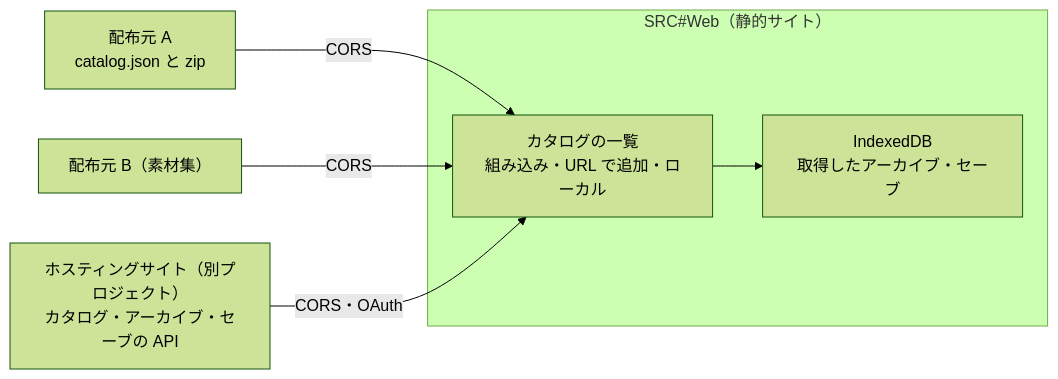
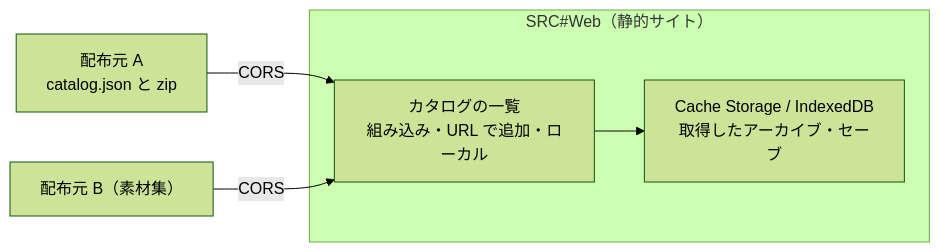
Before and after one commit to 7474/SRC: the second of 2 diagrams in docs/gui/web.md, drawn with Mermaid (forest theme). The commit also changed other lines of this file and 43 other files, not shown here.

````diff
--- a/docs/gui/web.md
+++ b/docs/gui/web.md
@@ -246,11 +242,10 @@
 ```mermaid
 flowchart LR
   subgraph Player[SRC#Web（静的サイト）]
     Catalogs[カタログの一覧<br/>組み込み・URL で追加・ローカル]
-    Store[IndexedDB<br/>取得したアーカイブ・セーブ]
+    Store[Cache Storage / IndexedDB<br/>取得したアーカイブ・セーブ]
   end
   Host1[配布元 A<br/>catalog.json と zip] -->|CORS| Catalogs
   Host2[配布元 B（素材集）] -->|CORS| Catalogs
-  Hosting[ホスティングサイト（別プロジェクト）<br/>カタログ・アーカイブ・セーブの API] -->|CORS・OAuth| Catalogs
   Catalogs --> Store
 ```
````
